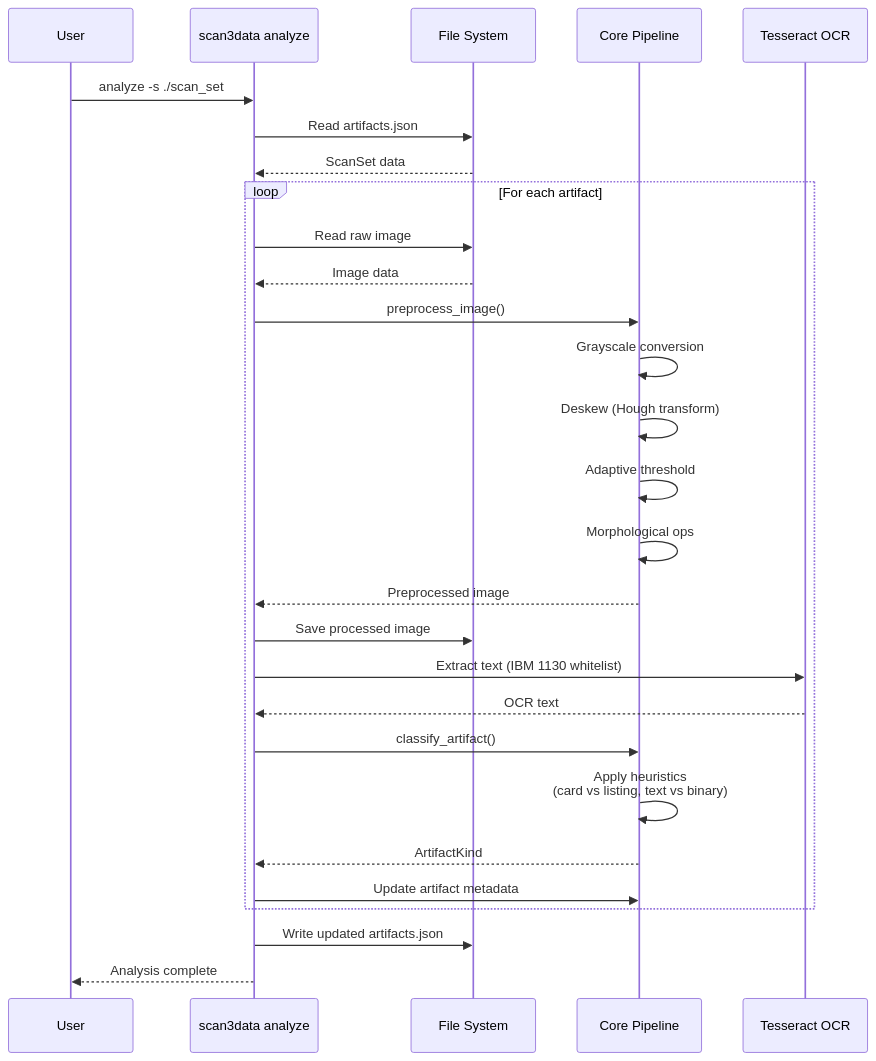
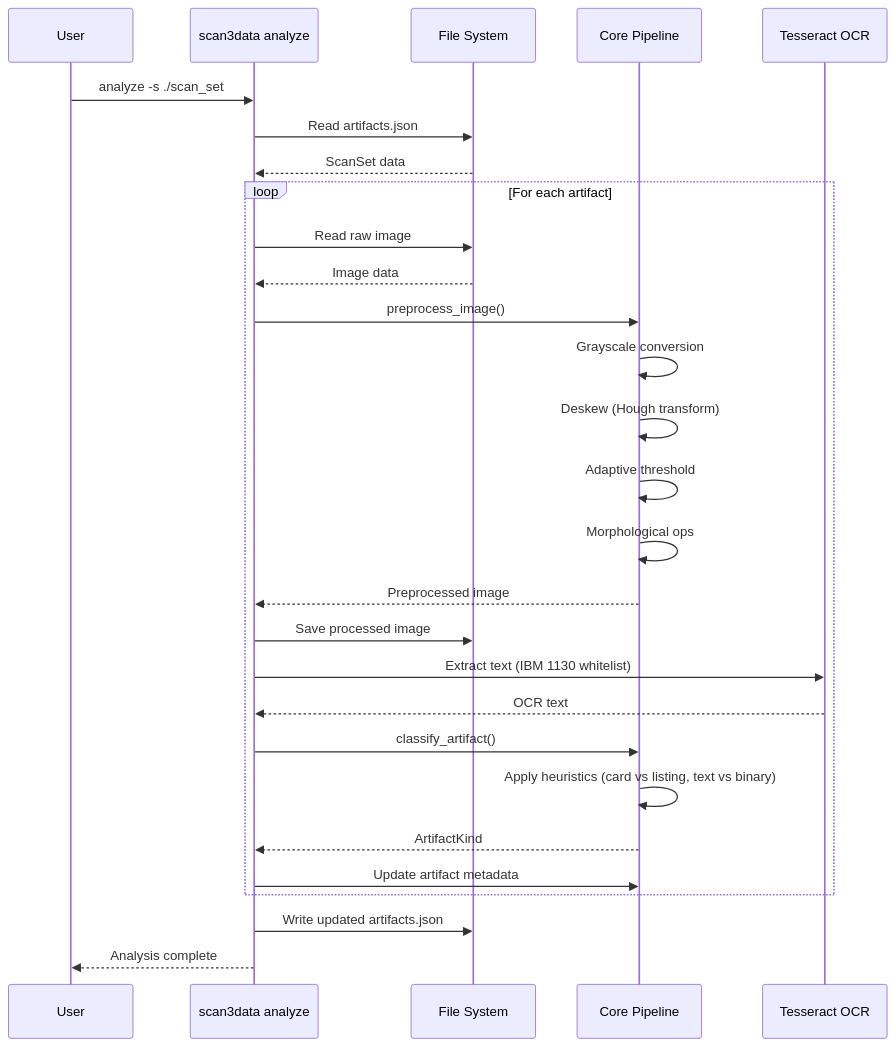
One commit to softwarewrighter/scan3data changed the fourth of 15 diagrams in wiki/Data-Flow.md. Above: the diagram before and after it, drawn with Mermaid. The commit also changed other lines of this file and 6 other files, not shown here.

First line of the commit message:
Fix wiki Mermaid diagrams: remove <br/> tags

````diff
--- a/wiki/Data-Flow.md
+++ b/wiki/Data-Flow.md
@@ -125,37 +125,37 @@
 ```mermaid
 sequenceDiagram
     participant User
     participant CLI as scan3data analyze
     participant FS as File System
     participant Core as Core Pipeline
     participant Tess as Tesseract OCR
 
     User->>CLI: analyze -s ./scan_set
     CLI->>FS: Read artifacts.json
     FS-->>CLI: ScanSet data
 
     loop For each artifact
         CLI->>FS: Read raw image
         FS-->>CLI: Image data
 
         CLI->>Core: preprocess_image()
         Core->>Core: Grayscale conversion
         Core->>Core: Deskew (Hough transform)
         Core->>Core: Adaptive threshold
         Core->>Core: Morphological ops
         Core-->>CLI: Preprocessed image
 
         CLI->>FS: Save processed image
         CLI->>Tess: Extract text (IBM 1130 whitelist)
         Tess-->>CLI: OCR text
 
         CLI->>Core: classify_artifact()
-        Core->>Core: Apply heuristics<br/>(card vs listing, text vs binary)
+        Core->>Core: Apply heuristics (card vs listing, text vs binary)
         Core-->>CLI: ArtifactKind
 
         CLI->>Core: Update artifact metadata
     end
 
     CLI->>FS: Write updated artifacts.json
     CLI-->>User: Analysis complete
 ```
````
